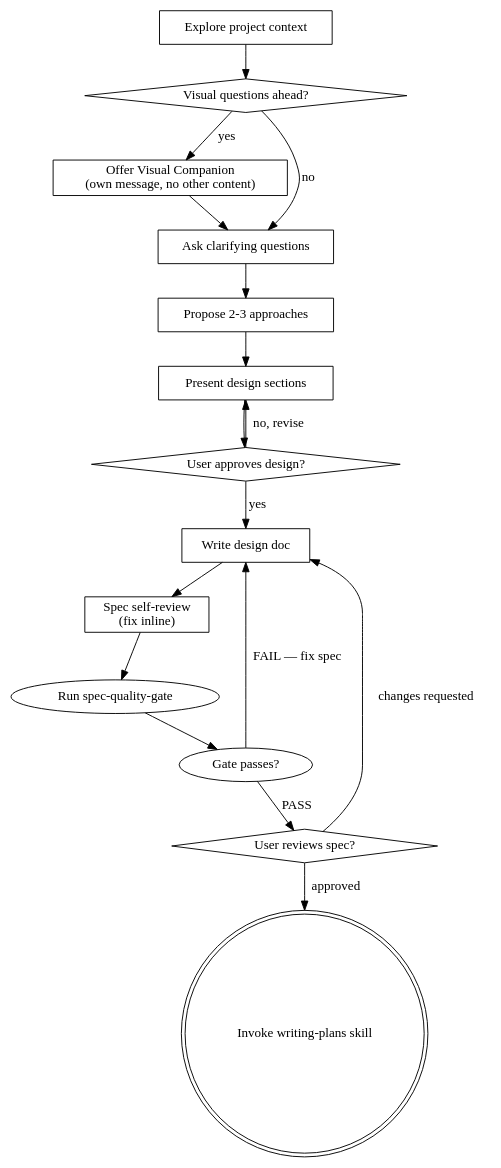
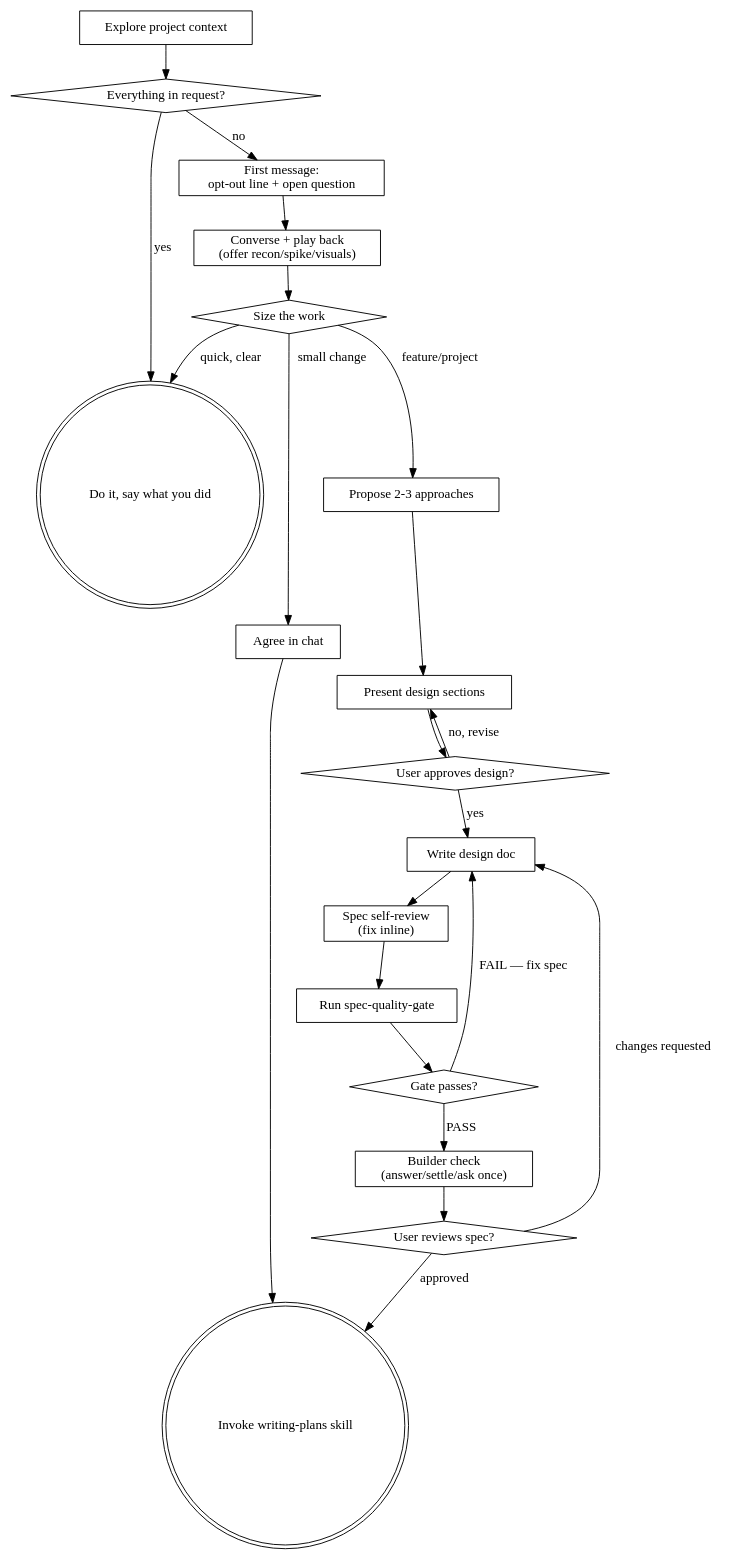
The diagram in skills/brainstorming/SKILL.md (CagesThrottleUs/private-ai-harness), drawn with Graphviz before and after one commit. The commit also changed other lines of this file and 11 other files, not shown here.

````diff
--- a/skills/brainstorming/SKILL.md
+++ b/skills/brainstorming/SKILL.md
@@ -70,32 +126,43 @@
 ```dot
 digraph brainstorming {
     "Explore project context" [shape=box];
-    "Visual questions ahead?" [shape=diamond];
-    "Offer Visual Companion\n(own message, no other content)" [shape=box];
-    "Ask clarifying questions" [shape=box];
+    "Everything in request?" [shape=diamond];
+    "Do it, say what you did" [shape=doublecircle];
+    "First message:\nopt-out line + open question" [shape=box];
+    "Converse + play back\n(offer recon/spike/visuals)" [shape=box];
+    "Size the work" [shape=diamond];
+    "Agree in chat" [shape=box];
     "Propose 2-3 approaches" [shape=box];
     "Present design sections" [shape=box];
     "User approves design?" [shape=diamond];
     "Write design doc" [shape=box];
     "Spec self-review\n(fix inline)" [shape=box];
+    "Run spec-quality-gate" [shape=box];
+    "Gate passes?" [shape=diamond];
+    "Builder check\n(answer/settle/ask once)" [shape=box];
     "User reviews spec?" [shape=diamond];
     "Invoke writing-plans skill" [shape=doublecircle];
 
-    "Explore project context" -> "Visual questions ahead?";
-    "Visual questions ahead?" -> "Offer Visual Companion\n(own message, no other content)" [label="yes"];
-    "Visual questions ahead?" -> "Ask clarifying questions" [label="no"];
-    "Offer Visual Companion\n(own message, no other content)" -> "Ask clarifying questions";
-    "Ask clarifying questions" -> "Propose 2-3 approaches";
+    "Explore project context" -> "Everything in request?";
+    "Everything in request?" -> "Do it, say what you did" [label="yes"];
+    "Everything in request?" -> "First message:\nopt-out line + open question" [label="no"];
+    "First message:\nopt-out line + open question" -> "Converse + play back\n(offer recon/spike/visuals)";
+    "Converse + play back\n(offer recon/spike/visuals)" -> "Size the work";
+    "Size the work" -> "Do it, say what you did" [label="quick, clear"];
+    "Size the work" -> "Agree in chat" [label="small change"];
+    "Agree in chat" -> "Invoke writing-plans skill";
+    "Size the work" -> "Propose 2-3 approaches" [label="feature/project"];
     "Propose 2-3 approaches" -> "Present design sections";
     "Present design sections" -> "User approves design?";
     "User approves design?" -> "Present design sections" [label="no, revise"];
     "User approves design?" -> "Write design doc" [label="yes"];
     "Write design doc" -> "Spec self-review\n(fix inline)";
     "Spec self-review\n(fix inline)" -> "Run spec-quality-gate";
-    "Run spec-quality-gate" -> "Gate passes?" [shape=diamond];
+    "Run spec-quality-gate" -> "Gate passes?";
     "Gate passes?" -> "Write design doc" [label="FAIL — fix spec"];
-    "Gate passes?" -> "User reviews spec?" [label="PASS"];
+    "Gate passes?" -> "Builder check\n(answer/settle/ask once)" [label="PASS"];
+    "Builder check\n(answer/settle/ask once)" -> "User reviews spec?";
     "User reviews spec?" -> "Write design doc" [label="changes requested"];
     "User reviews spec?" -> "Invoke writing-plans skill" [label="approved"];
 }
 ```
````
